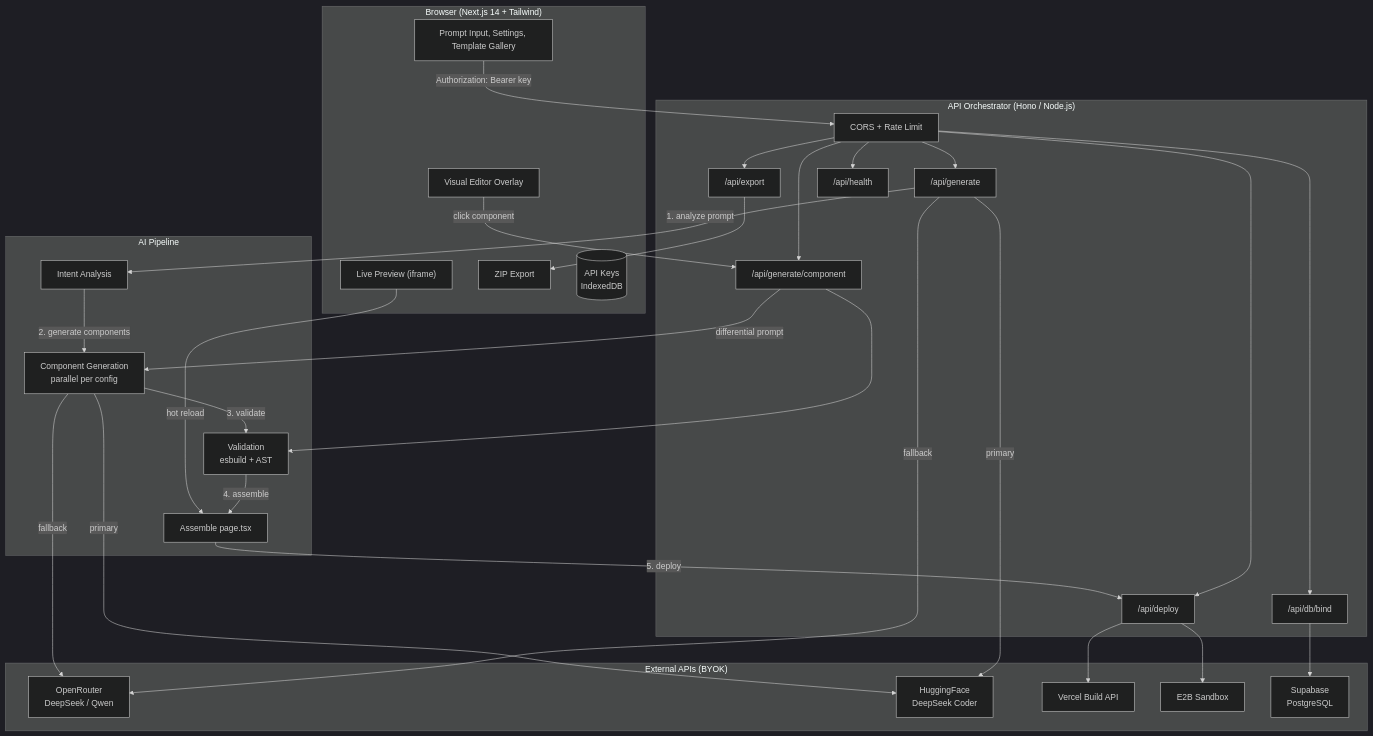
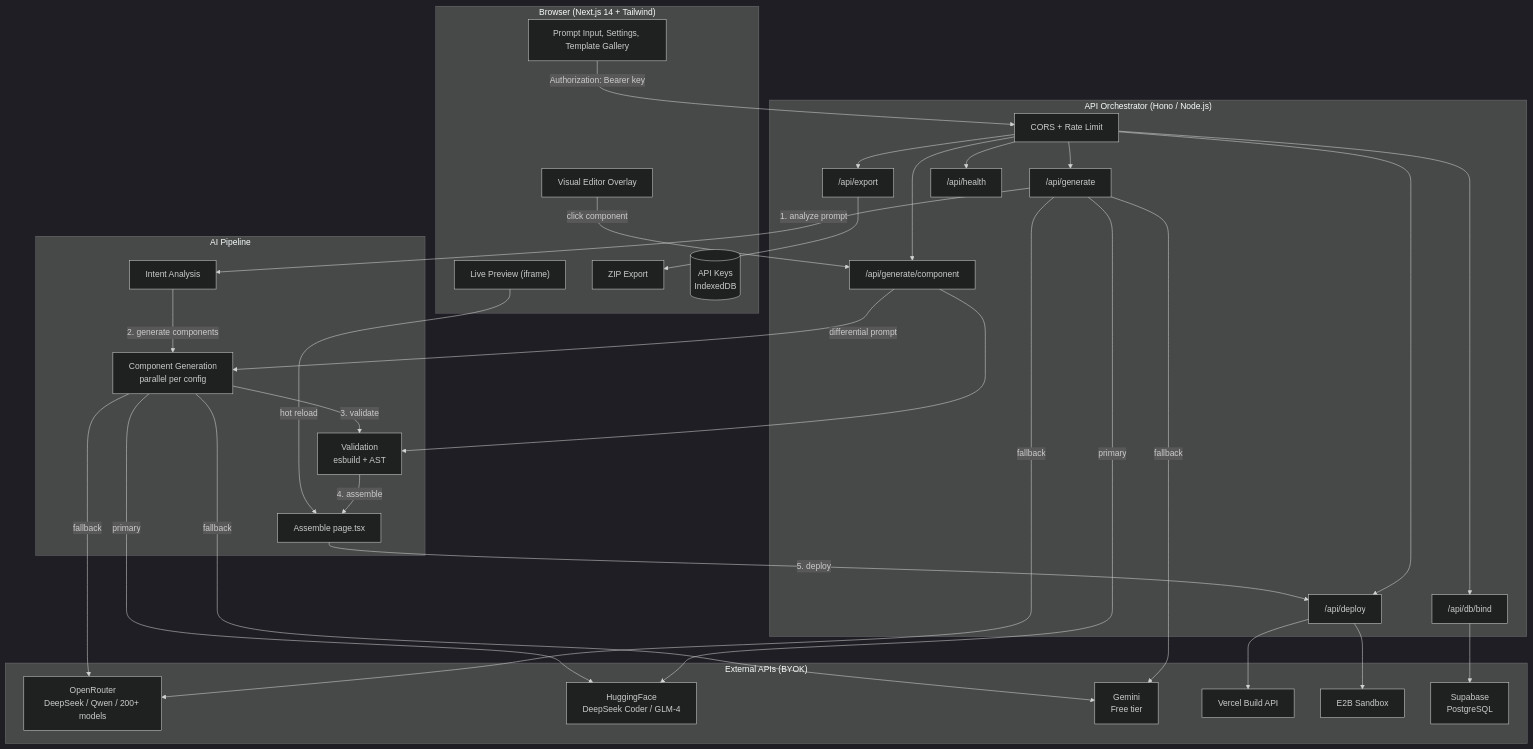
The diagram in README.md (ezpectus/forgeai), drawn with Mermaid (dark theme) before and after one commit. The commit also changed other lines of this file and 2 other files, not shown here.

Commit message:
docs: README, features, UPWORK portfolio doc for Gemini, dynamic models, FAQ

````diff
--- a/README.md
+++ b/README.md
@@ -121,64 +121,67 @@
 ```mermaid
 flowchart TB
     subgraph Browser["Browser (Next.js 14 + Tailwind)"]
         UI["Prompt Input, Settings, Template Gallery"]
         Preview["Live Preview (iframe)"]
         Editor["Visual Editor Overlay"]
         Export["ZIP Export"]
         Keys[("API Keys<br/>IndexedDB")]
     end
 
     subgraph Orchestrator["API Orchestrator (Hono / Node.js)"]
         CORS["CORS + Rate Limit"]
         GenAPI["/api/generate"]
         CompAPI["/api/generate/component"]
         DeployAPI["/api/deploy"]
         ExportAPI["/api/export"]
         DbAPI["/api/db/bind"]
         HealthAPI["/api/health"]
     end
 
     subgraph AIPipeline["AI Pipeline"]
         Intent["Intent Analysis"]
         ComponentGen["Component Generation<br/>parallel per config"]
         Validate["Validation<br/>esbuild + AST"]
         Assemble["Assemble page.tsx"]
     end
 
     subgraph Providers["External APIs (BYOK)"]
-        OpenRouter["OpenRouter<br/>DeepSeek / Qwen"]
-        HuggingFace["HuggingFace<br/>DeepSeek Coder"]
+        OpenRouter["OpenRouter<br/>DeepSeek / Qwen / 200+ models"]
+        HuggingFace["HuggingFace<br/>DeepSeek Coder / GLM-4"]
+        Gemini["Gemini<br/>Free tier"]
         Vercel["Vercel Build API"]
         E2B["E2B Sandbox"]
         Supabase["Supabase<br/>PostgreSQL"]
     end
 
     UI -->|Authorization: Bearer key| CORS
     CORS --> GenAPI
     CORS --> CompAPI
     CORS --> DeployAPI
     CORS --> ExportAPI
     CORS --> DbAPI
     CORS --> HealthAPI
 
     GenAPI -->|1. analyze prompt| Intent
     Intent -->|2. generate components| ComponentGen
     ComponentGen -->|3. validate| Validate
     Validate -->|4. assemble| Assemble
     Assemble -->|5. deploy| DeployAPI
     DeployAPI --> Vercel
     DeployAPI --> E2B
     ExportAPI --> Export
     DbAPI --> Supabase
 
     GenAPI -->|fallback| OpenRouter
+    GenAPI -->|fallback| Gemini
     GenAPI -->|primary| HuggingFace
     ComponentGen -->|fallback| OpenRouter
+    ComponentGen -->|fallback| Gemini
     ComponentGen -->|primary| HuggingFace
 
     CompAPI -->|differential prompt| ComponentGen
     CompAPI --> Validate
 
     Preview -->|hot reload| Assemble
     Editor -->|click component| CompAPI
 ```
````
